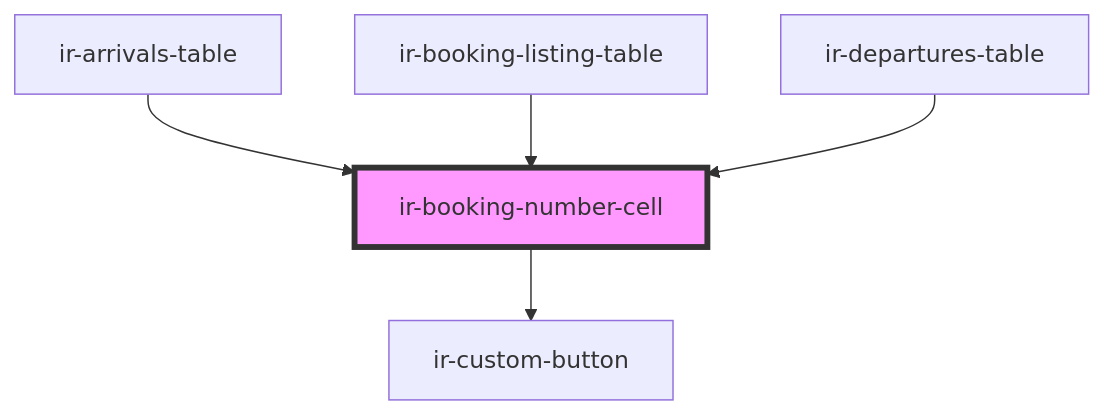
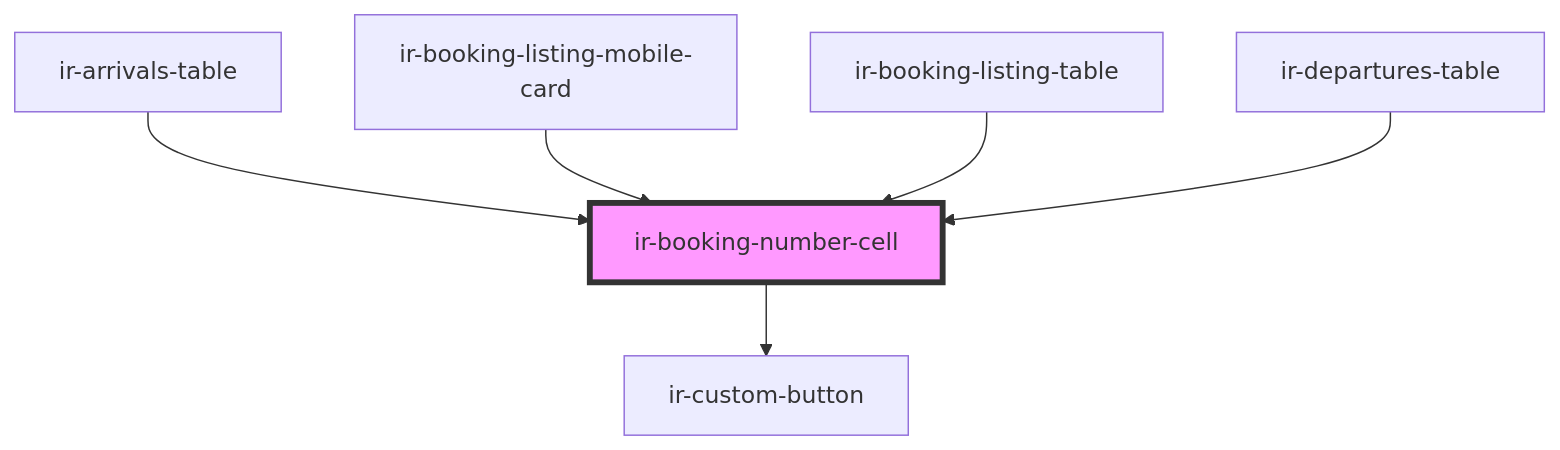
The diagram in src/components/table-cells/booking/ir-booking-number-cell/readme.md (David1Chowaifaty/modified-ir-webcmp), drawn with Mermaid before and after one commit. The commit also changed other lines of this file and 69 other files, not shown here.

````diff
--- a/src/components/table-cells/booking/ir-booking-number-cell/readme.md
+++ b/src/components/table-cells/booking/ir-booking-number-cell/readme.md
@@ -36,8 +39,9 @@
 ```mermaid
 graph TD;
   ir-booking-number-cell --> ir-custom-button
   ir-arrivals-table --> ir-booking-number-cell
+  ir-booking-listing-mobile-card --> ir-booking-number-cell
   ir-booking-listing-table --> ir-booking-number-cell
   ir-departures-table --> ir-booking-number-cell
   style ir-booking-number-cell fill:#f9f,stroke:#333,stroke-width:4px
 ```
````
